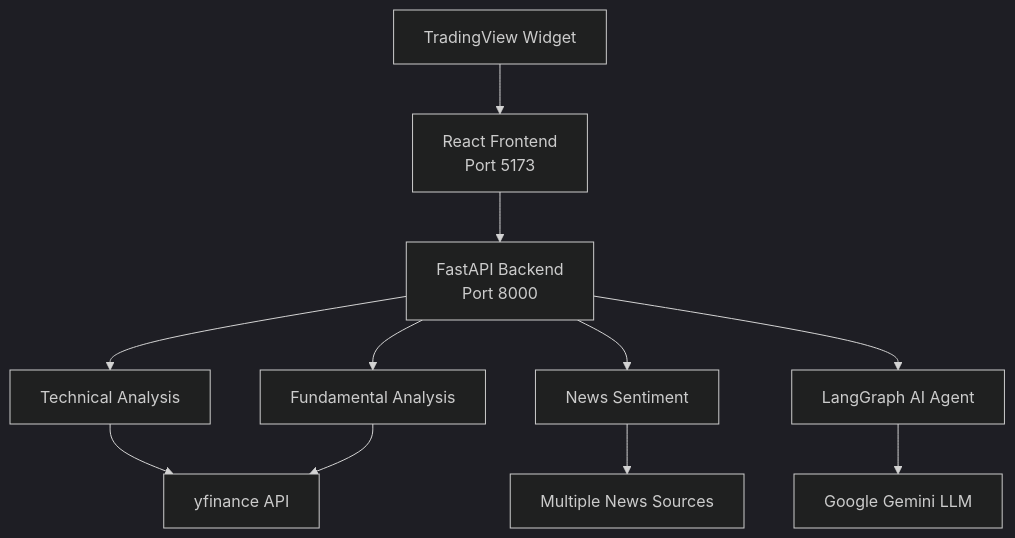
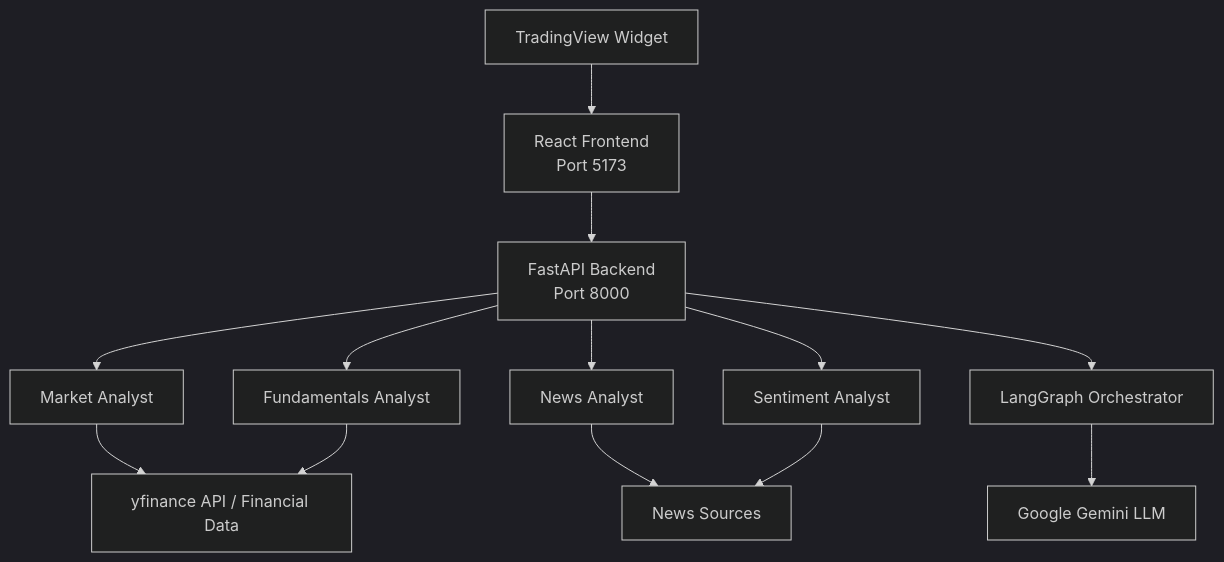
The diagram in README.md (yashpinjarkar10/Trading-Agent), drawn with Mermaid (dark theme) before and after one commit. The commit also changed other lines of this file and 2 other files, not shown here.

````diff
--- a/README.md
+++ b/README.md
@@ -69,15 +69,17 @@
 ```mermaid
 graph TB
     A[React Frontend<br/>Port 5173] --> B[FastAPI Backend<br/>Port 8000]
-    B --> C[Technical Analysis]
-    B --> D[Fundamental Analysis]
-    B --> E[News Sentiment]
-    B --> F[LangGraph AI Agent]
+    B --> C[Market Analyst]
+    B --> D[Fundamentals Analyst]
+    B --> E[News Analyst]
+    B --> F[Sentiment Analyst]
+    B --> K[LangGraph Orchestrator]
     
-    C --> G[yfinance API]
+    C --> G[yfinance API / Financial Data]
     D --> G
-    E --> H[Multiple News Sources]
-    F --> I[Google Gemini LLM]
+    E --> H[News Sources]
+    F --> H
+    K --> I[Google Gemini LLM]
     
     J[TradingView Widget] --> A
 ```
````
